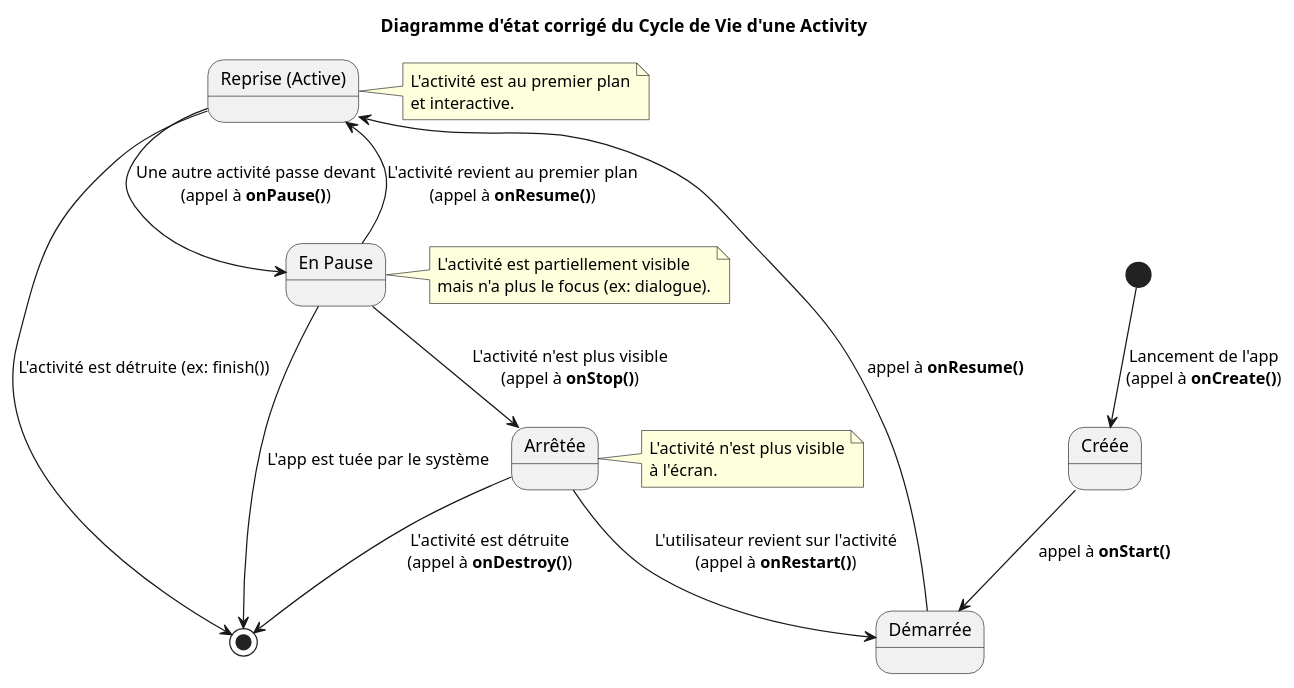
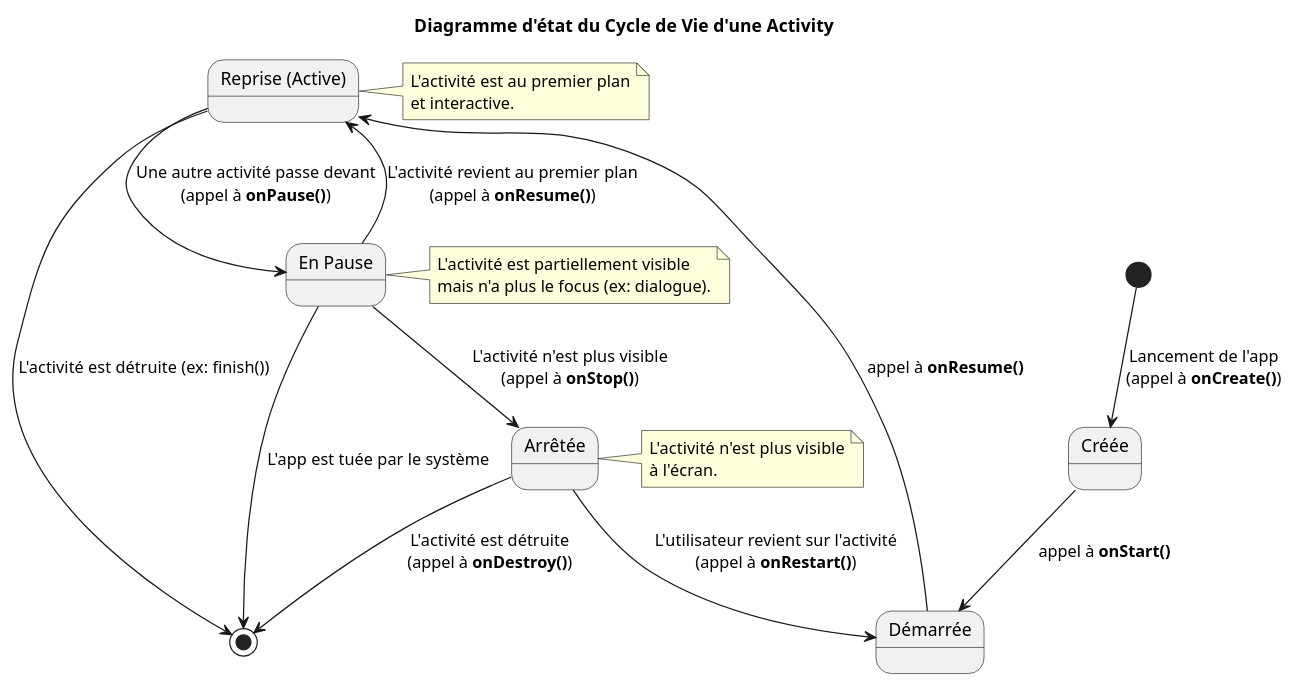
One commit to smaloron/support-de-cours-android changed the second of 2 diagrams in Writerside/topics/001-04-module-04.md. Above: the diagram before and after it, drawn with PlantUML. The commit also changed 30 other files, not shown here.

````diff
--- a/Writerside/topics/001-04-module-04.md
+++ b/Writerside/topics/001-04-module-04.md
@@ -111,47 +111,47 @@
 ```plantuml
 @startuml
-title Diagramme d'état corrigé du Cycle de Vie d'une Activity
+title Diagramme d'état du Cycle de Vie d'une Activity
 
 ' Définition des états
 state "Créée" as Created
 state "Démarrée" as Started
 state "Reprise (Active)" as Resumed
 state "En Pause" as Paused
 state "Arrêtée" as Stopped
 
 ' Transitions du cycle de vie
 [*] --> Created : Lancement de l'app\n(appel à **onCreate()**)
 
 Created --> Started : appel à **onStart()**
 Started --> Resumed : appel à **onResume()**
 
 Resumed --> Paused : Une autre activité passe devant\n(appel à **onPause()**)
 Paused --> Resumed : L'activité revient au premier plan\n(appel à **onResume()**)
 Paused --> Stopped : L'activité n'est plus visible\n(appel à **onStop()**)
 
 ' Correction de la transition de retour depuis Stopped
 Stopped --> Started : L'utilisateur revient sur l'activité\n(appel à **onRestart()**)
 
 ' Transitions menant à la destruction
 Paused --> [*] : L'app est tuée par le système
 Stopped --> [*] : L'activité est détruite\n(appel à **onDestroy()**)
 Resumed --> [*] : L'activité est détruite (ex: finish())
 
 ' Notes explicatives associées aux états
 note right of Resumed
   L'activité est au premier plan
   et interactive.
 end note
 
 note right of Paused
   L'activité est partiellement visible
   mais n'a plus le focus (ex: dialogue).
 end note
 
 note right of Stopped
   L'activité n'est plus visible
   à l'écran.
 end note
 
 @enduml
 ```
````
